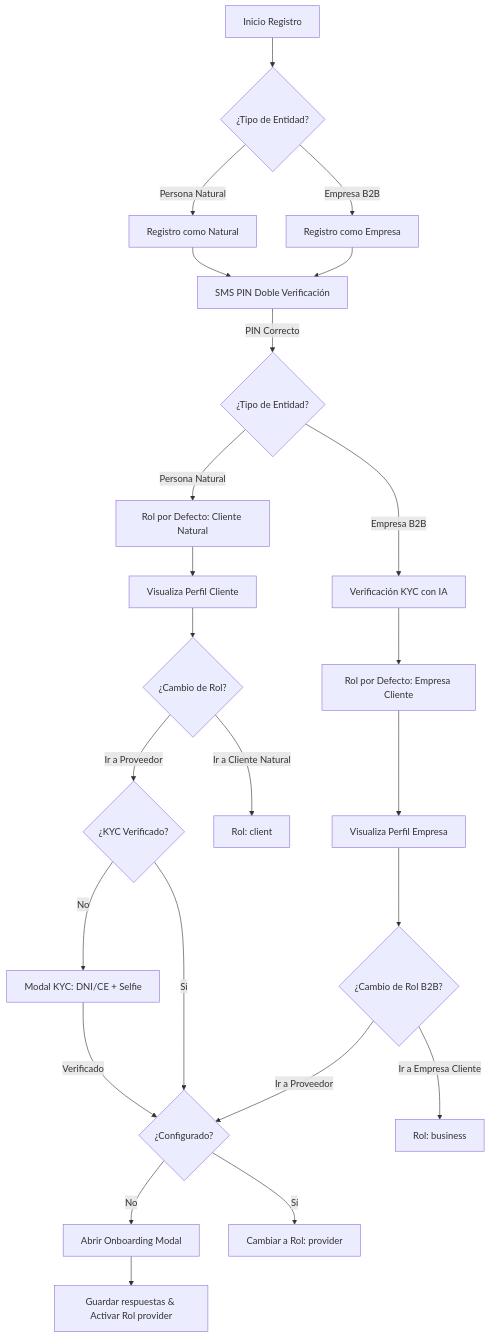
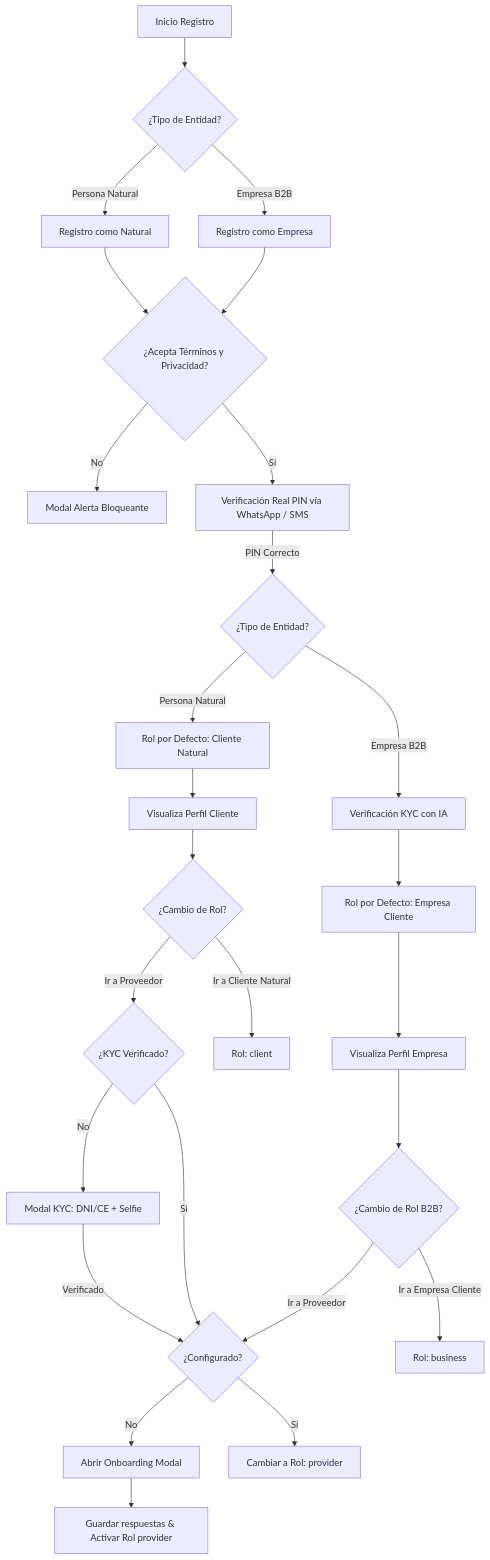
Before and after one commit to Todo-Yaa/TodoYa: the third of 5 diagrams in FICHA_TECNICA.md, drawn with Mermaid. The commit also changed other lines of this file and 5 other files, not shown here.

Commit message:
feat: insignia BETA, terminos exclusivamente en registro, verificacion real WhatsApp/SMS y fijacion de botones de idioma

````diff
--- a/FICHA_TECNICA.md
+++ b/FICHA_TECNICA.md
@@ -295,32 +295,34 @@
 ```mermaid
 graph TD
     A[Inicio Registro] --> B{¿Tipo de Entidad?}
     B -->|Persona Natural| C[Registro como Natural]
     B -->|Empresa B2B| D[Registro como Empresa]
     
-    C & D --> PIN[SMS PIN Doble Verificación]
+    C & D --> TERMS{¿Acepta Términos y Privacidad?}
+    TERMS -->|No| ALERT[Modal Alerta Bloqueante]
+    TERMS -->|Sí| PIN[Verificación Real PIN vía WhatsApp / SMS]
     PIN -->|PIN Correcto| B2{¿Tipo de Entidad?}
     
     B2 -->|Persona Natural| E[Rol por Defecto: Cliente Natural]
     B2 -->|Empresa B2B| KYC_CORP[Verificación KYC con IA]
     KYC_CORP --> F[Rol por Defecto: Empresa Cliente]
     
     E --> G[Visualiza Perfil Cliente]
     F --> H[Visualiza Perfil Empresa]
     
     G --> I{¿Cambio de Rol?}
     I -->|Ir a Proveedor| KYC_PROV{¿KYC Verificado?}
     KYC_PROV -->|No| KYC_FLOW[Modal KYC: DNI/CE + Selfie]
     KYC_FLOW -->|Verificado| J{¿Configurado?}
     KYC_PROV -->|Sí| J
     I -->|Ir a Cliente Natural| K[Rol: client]
     
     H --> L{¿Cambio de Rol B2B?}
     L -->|Ir a Proveedor| J
     L -->|Ir a Empresa Cliente| M[Rol: business]
     
     J -->|No| N[Abrir Onboarding Modal]
     J -->|Sí| O[Cambiar a Rol: provider]
     
     N --> P[Guardar respuestas & Activar Rol provider]
 ```
````
